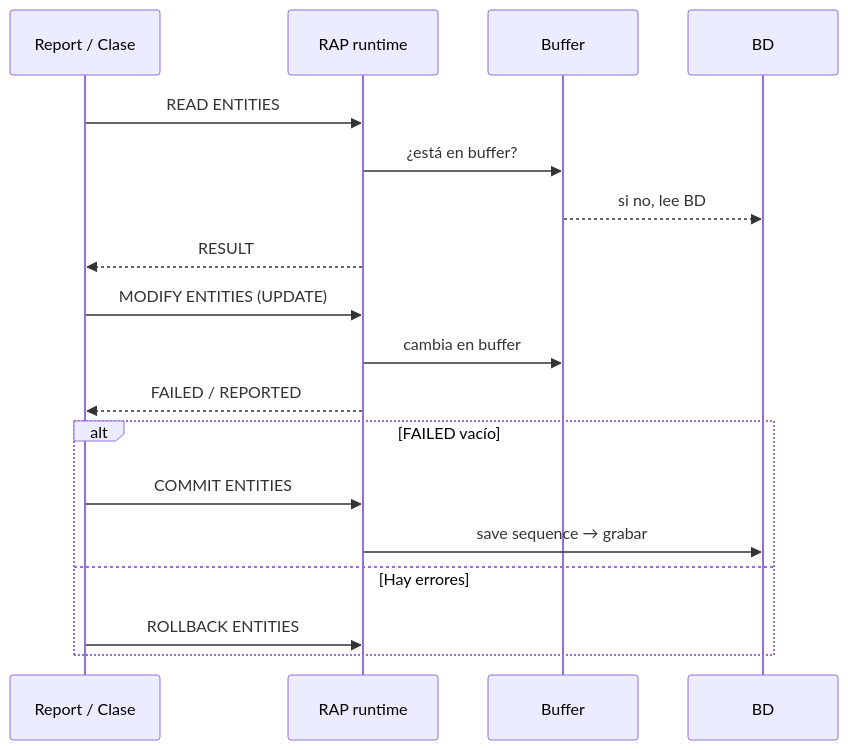
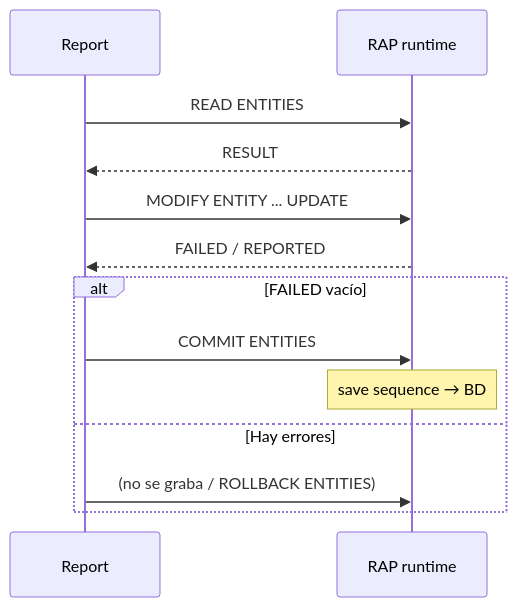
One commit to robergit88/RapDocu changed the second of 3 diagrams in Docu/Cap04_EML_ES.md. Above: the diagram before and after it, drawn with Mermaid. The commit also changed other lines of this file, not shown here.

Commit message:
Capítulo 4 — Entity Manipulation Language (EML)

````diff
--- a/Docu/Cap04_EML_ES.md
+++ b/Docu/Cap04_EML_ES.md
@@ -300,20 +395,15 @@
 ```mermaid
 sequenceDiagram
-    participant P as Report / Clase
+    participant P as Report
     participant RAP as RAP runtime
-    participant BUF as Buffer
-    participant DB as BD
     P->>RAP: READ ENTITIES
-    RAP->>BUF: ¿está en buffer?
-    BUF-->>DB: si no, lee BD
     RAP-->>P: RESULT
-    P->>RAP: MODIFY ENTITIES (UPDATE)
-    RAP->>BUF: cambia en buffer
+    P->>RAP: MODIFY ENTITY ... UPDATE
     RAP-->>P: FAILED / REPORTED
     alt FAILED vacío
         P->>RAP: COMMIT ENTITIES
-        RAP->>DB: save sequence → grabar
+        Note over RAP: save sequence → BD
     else Hay errores
-        P->>RAP: ROLLBACK ENTITIES
+        P->>RAP: (no se graba / ROLLBACK ENTITIES)
     end
 ```
````
